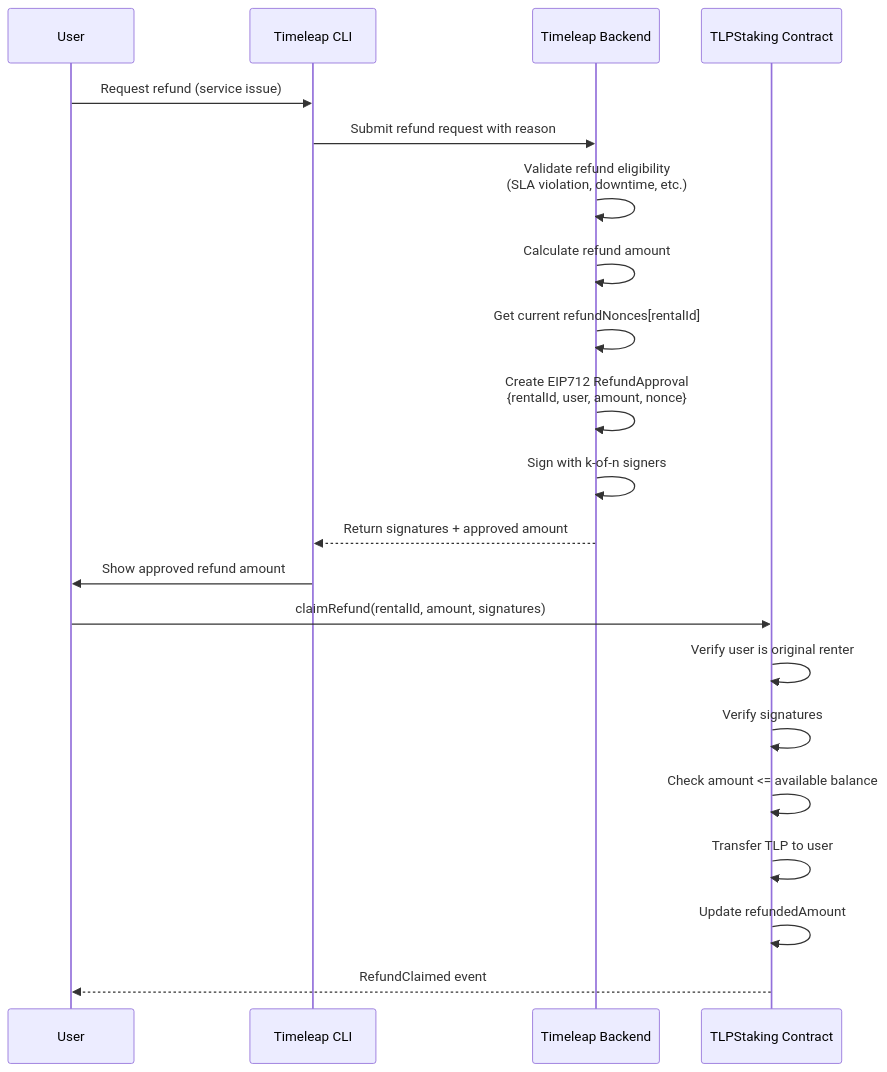
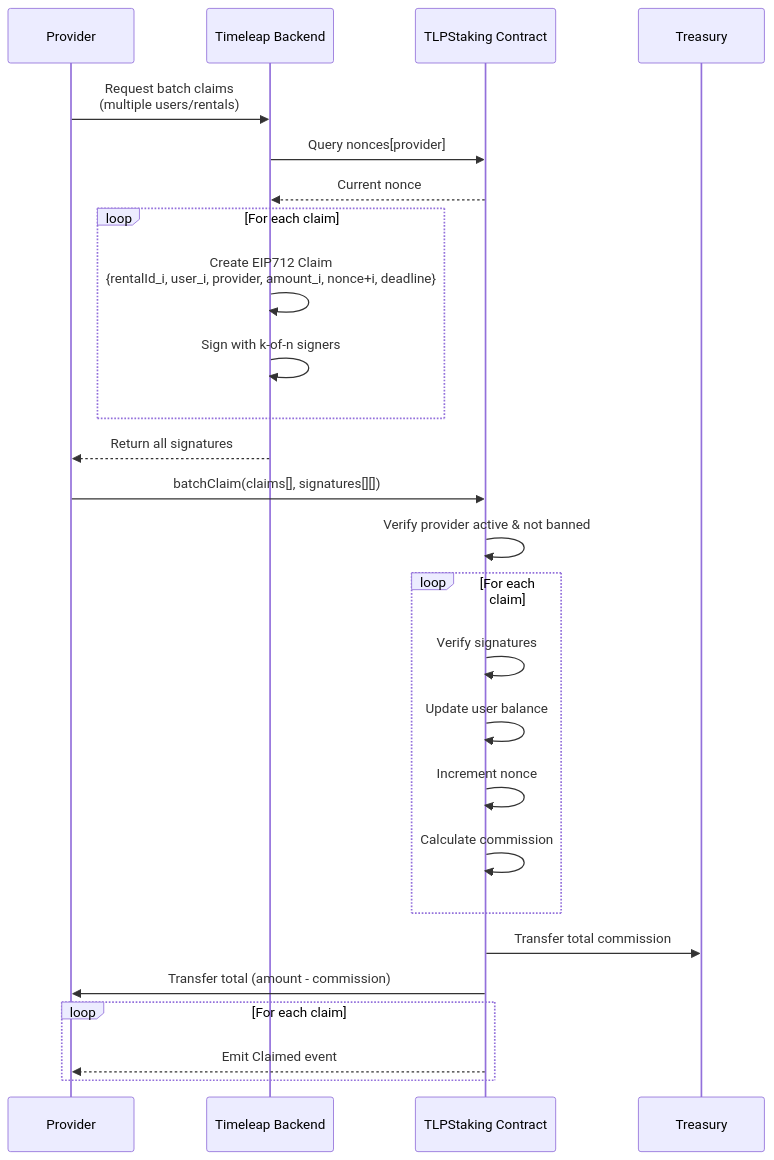
Before and after one commit to TimeleapLabs/tlp-contracts: the fifth of 10 diagrams in docs/flowcharts.md, drawn with Mermaid. The commit also changed other lines of this file and 10 other files, not shown here.

First line of the commit message:
Simplify TLPStaking to pool-based escrow architecture

````diff
--- a/docs/flowcharts.md
+++ b/docs/flowcharts.md
@@ -118,27 +132,34 @@
 ```mermaid
 sequenceDiagram
-    participant User
-    participant CLI as Timeleap CLI
+    participant Provider
     participant Backend as Timeleap Backend
     participant Contract as TLPStaking Contract
+    participant Treasury
 
-    User->>CLI: Request refund (service issue)
-    CLI->>Backend: Submit refund request with reason
+    Provider->>Backend: Request batch claims<br/>(multiple users/rentals)
 
-    Backend->>Backend: Validate refund eligibility<br/>(SLA violation, downtime, etc.)
-    Backend->>Backend: Calculate refund amount
-    Backend->>Backend: Get current refundNonces[rentalId]
-    Backend->>Backend: Create EIP712 RefundApproval<br/>{rentalId, user, amount, nonce}
-    Backend->>Backend: Sign with k-of-n signers
-    Backend-->>CLI: Return signatures + approved amount
+    Backend->>Contract: Query nonces[provider]
+    Contract-->>Backend: Current nonce
 
-    CLI->>User: Show approved refund amount
-    User->>Contract: claimRefund(rentalId, amount, signatures)
+    loop For each claim
+        Backend->>Backend: Create EIP712 Claim<br/>{rentalId_i, user_i, provider, amount_i, nonce+i, deadline}
+        Backend->>Backend: Sign with k-of-n signers
+    end
 
-    Contract->>Contract: Verify user is original renter
-    Contract->>Contract: Verify signatures
-    Contract->>Contract: Check amount <= available balance
-    Contract->>Contract: Transfer TLP to user
-    Contract->>Contract: Update refundedAmount
-    Contract-->>User: RefundClaimed event
+    Backend-->>Provider: Return all signatures
+
+    Provider->>Contract: batchClaim(claims[], signatures[][])
+
+    Contract->>Contract: Verify provider active & not banned
+    loop For each claim
+        Contract->>Contract: Verify signatures
+        Contract->>Contract: Update user balance
+        Contract->>Contract: Increment nonce
+        Contract->>Contract: Calculate commission
+    end
+    Contract->>Treasury: Transfer total commission
+    Contract->>Provider: Transfer total (amount - commission)
+    loop For each claim
+        Contract-->>Provider: Emit Claimed event
+    end
 ```
````
